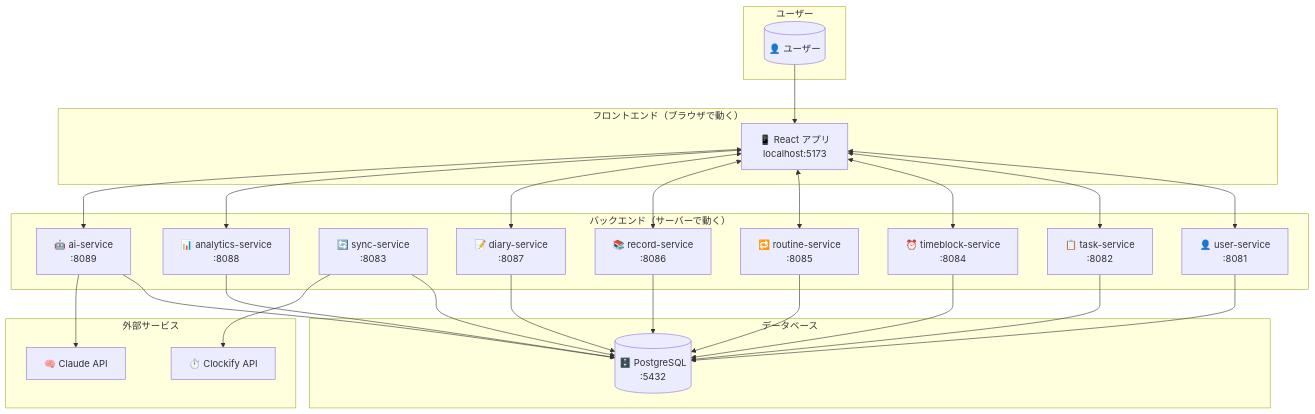
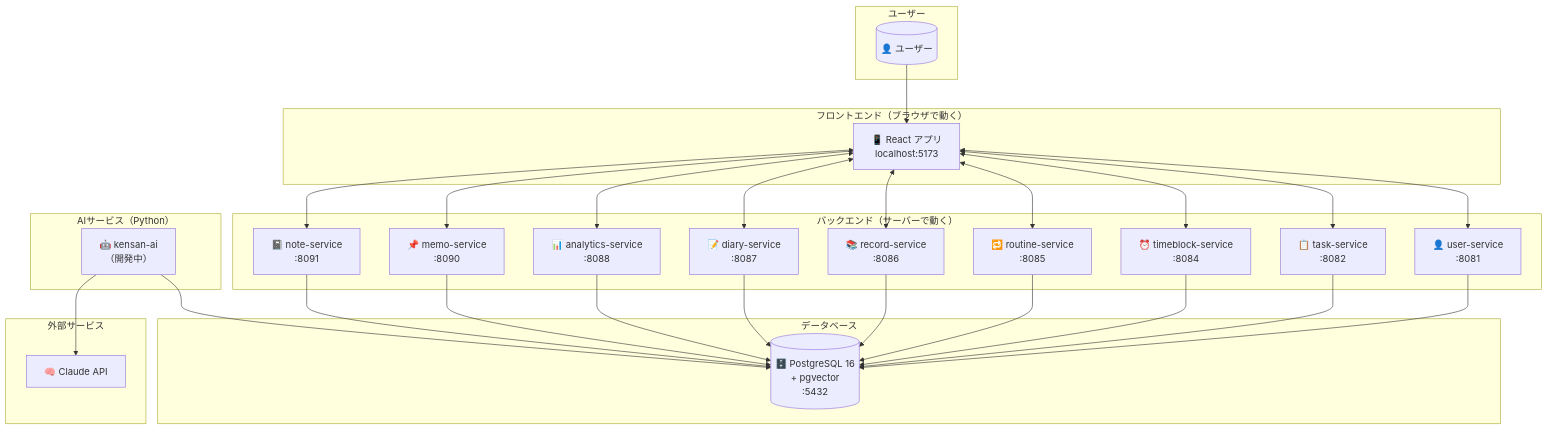
The first of 15 diagrams in mydocs/architecture_guide_for_beginners.md (yu-min3/kensan), drawn with Mermaid before and after one commit. The commit also changed other lines of this file and 85 other files, not shown here.

````diff
--- a/mydocs/architecture_guide_for_beginners.md
+++ b/mydocs/architecture_guide_for_beginners.md
@@ -36,54 +40,58 @@
 ```mermaid
 graph TB
     subgraph "ユーザー"
         U[("👤 ユーザー")]
     end
 
     subgraph "フロントエンド（ブラウザで動く）"
         FE["📱 React アプリ<br/>localhost:5173"]
     end
 
     subgraph "バックエンド（サーバーで動く）"
         BE1["👤 user-service<br/>:8081"]
         BE2["📋 task-service<br/>:8082"]
-        BE3["🔄 sync-service<br/>:8083"]
         BE4["⏰ timeblock-service<br/>:8084"]
         BE5["🔁 routine-service<br/>:8085"]
         BE6["📚 record-service<br/>:8086"]
         BE7["📝 diary-service<br/>:8087"]
         BE8["📊 analytics-service<br/>:8088"]
-        BE9["🤖 ai-service<br/>:8089"]
+        BE10["📌 memo-service<br/>:8090"]
+        BE11["📓 note-service<br/>:8091"]
+    end
+
+    subgraph "AIサービス（Python）"
+        AI_SVC["🤖 kensan-ai<br/>（開発中）"]
     end
 
     subgraph "データベース"
-        DB[("🗄️ PostgreSQL<br/>:5432")]
+        DB[("🗄️ PostgreSQL 16<br/>+ pgvector<br/>:5432")]
     end
 
     subgraph "外部サービス"
-        CL["⏱️ Clockify API"]
         AI["🧠 Claude API"]
     end
 
     U --> FE
     FE <--> BE1
     FE <--> BE2
     FE <--> BE4
     FE <--> BE5
     FE <--> BE6
     FE <--> BE7
     FE <--> BE8
-    FE <--> BE9
+    FE <--> BE10
+    FE <--> BE11
 
     BE1 --> DB
     BE2 --> DB
-    BE3 --> DB
     BE4 --> DB
     BE5 --> DB
     BE6 --> DB
     BE7 --> DB
     BE8 --> DB
-    BE9 --> DB
+    BE10 --> DB
+    BE11 --> DB
 
-    BE3 --> CL
-    BE9 --> AI
+    AI_SVC --> DB
+    AI_SVC --> AI
 ```
````
